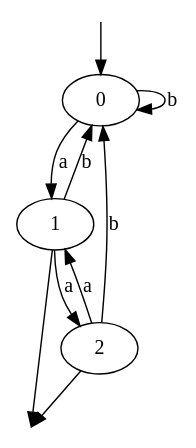
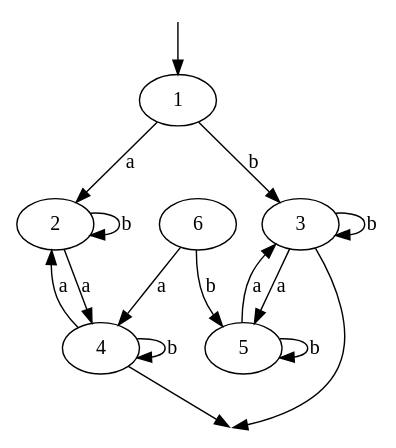
The diagram in automateInit.dot (omarelhorre/automate), drawn with Graphviz before and after one commit. The commit also changed 7 other files, not shown here.

```diff
--- a/automateInit.dot
+++ b/automateInit.dot
@@ -1,13 +1,19 @@
 digraph G {
 init [shape=point shape=point style=filled, fillcolor=white color=white];
 fin [shape=point shape=point style=filled, fillcolor=white color=white];
-init -> 0;
-0 -> 0 [label="b"];
-0 -> 1 [label="a"];
-1 -> 0 [label="b"];
+init -> 1;
 1 -> 2 [label="a"];
-2 -> 0 [label="b"];
-2 -> 1 [label="a"];
-2 -> fin;
-1 -> fin;
+1 -> 3 [label="b"];
+2 -> 2 [label="b"];
+3 -> 3 [label="b"];
+2 -> 4 [label="a"];
+4 -> 2 [label="a"];
+4 -> 4 [label="b"];
+3 -> 5 [label="a"];
+5 -> 3 [label="a"];
+5 -> 5 [label="b"];
+6 -> 4 [label="a"];
+6 -> 5 [label="b"];
+3 -> fin;
+4 -> fin;
 }
```
